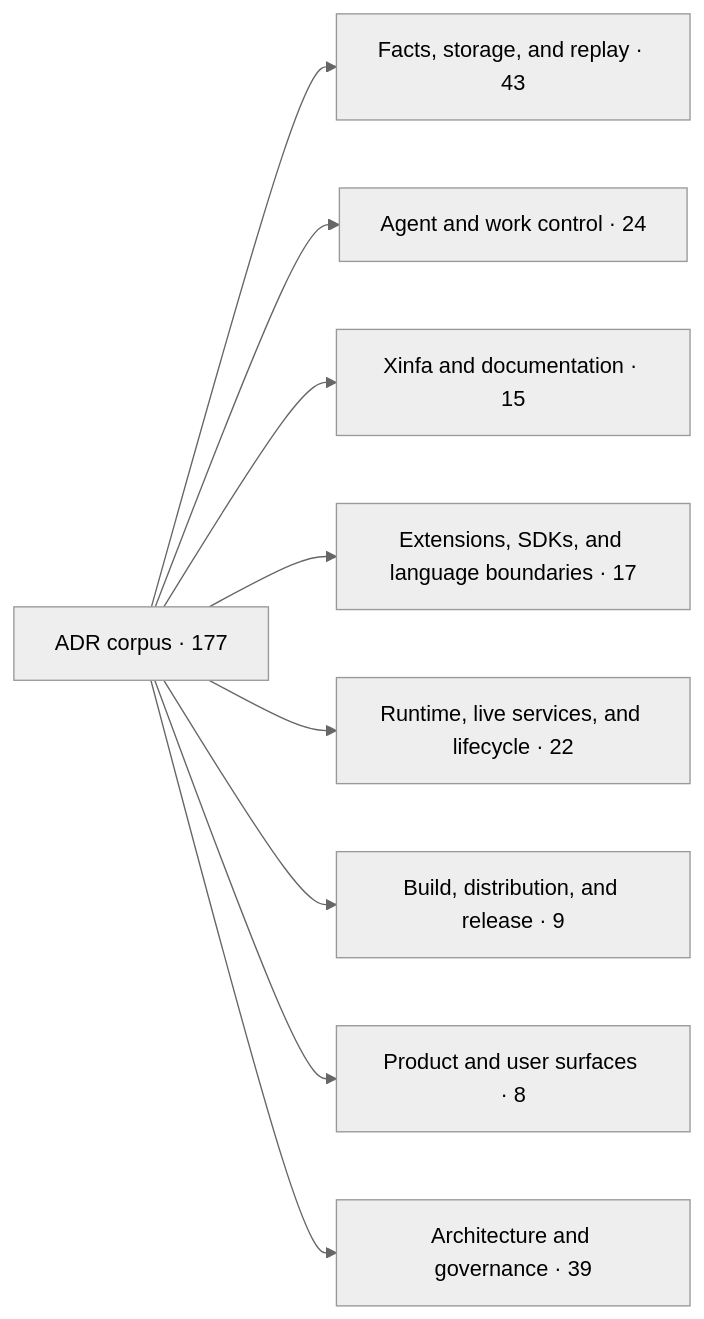
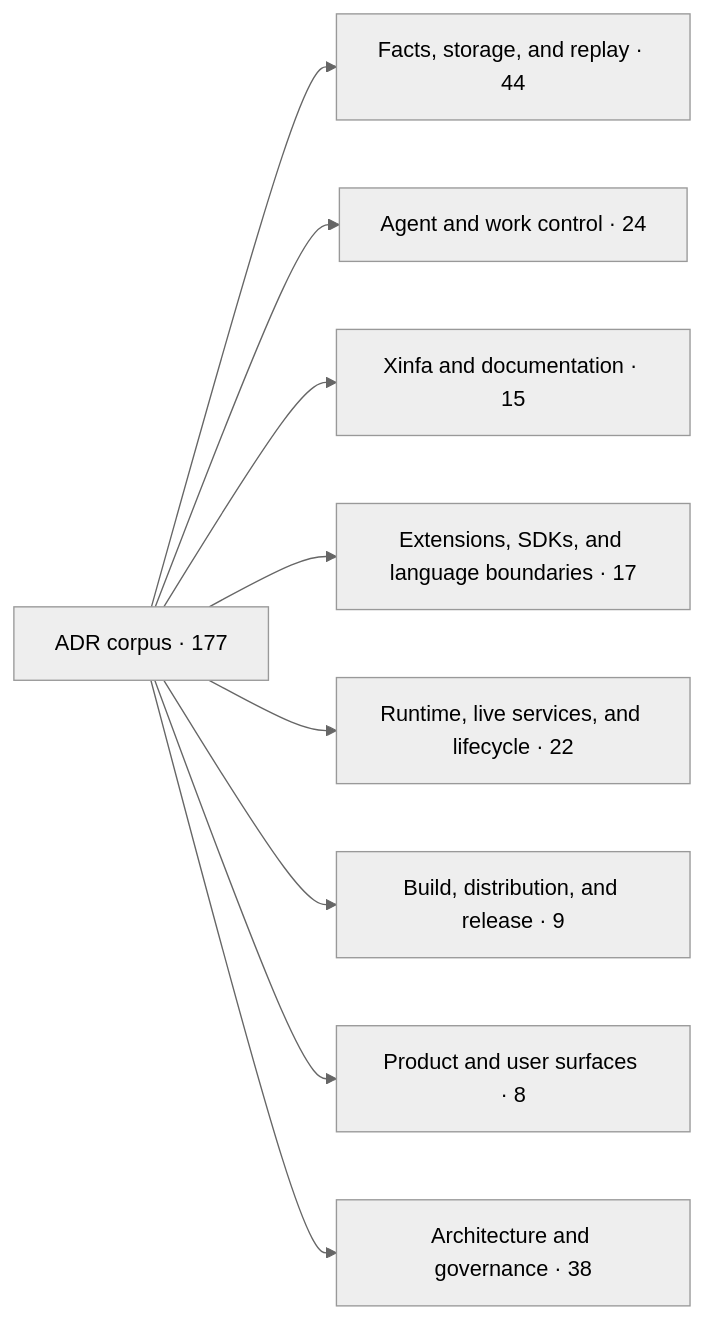
The first of 2 diagrams in docs/architecture/adr-map.md (PterX/kungfu), drawn with Mermaid (neutral theme) before and after one commit. The commit also changed other lines of this file and 131 other files, not shown here.

````diff
--- a/docs/architecture/adr-map.md
+++ b/docs/architecture/adr-map.md
@@ -20,12 +20,12 @@
 ```mermaid
 flowchart LR
   root["ADR corpus · 177"]
-  root --> d0["Facts, storage, and replay · 43"]
+  root --> d0["Facts, storage, and replay · 44"]
   root --> d1["Agent and work control · 24"]
   root --> d2["Xinfa and documentation · 15"]
   root --> d3["Extensions, SDKs, and language boundaries · 17"]
   root --> d4["Runtime, live services, and lifecycle · 22"]
   root --> d5["Build, distribution, and release · 9"]
   root --> d6["Product and user surfaces · 8"]
-  root --> d7["Architecture and governance · 39"]
+  root --> d7["Architecture and governance · 38"]
 ```
````
